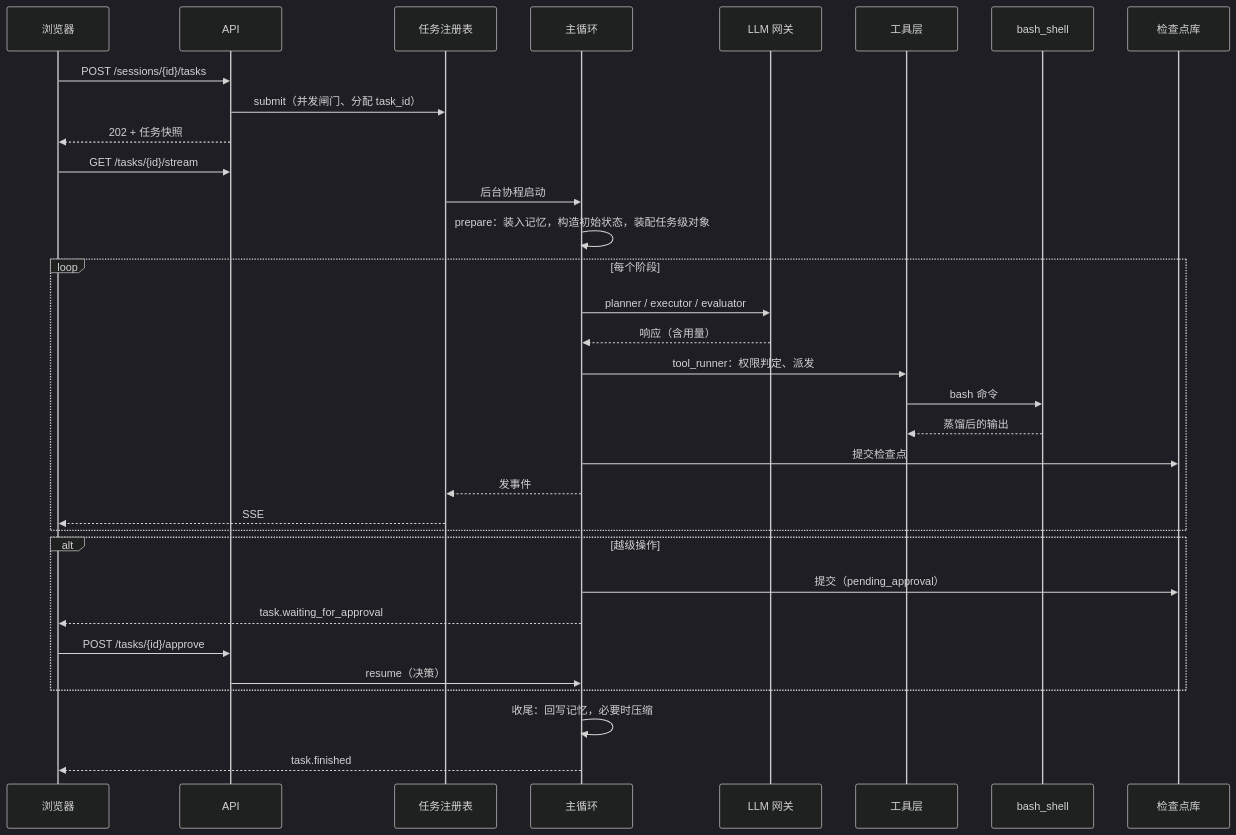
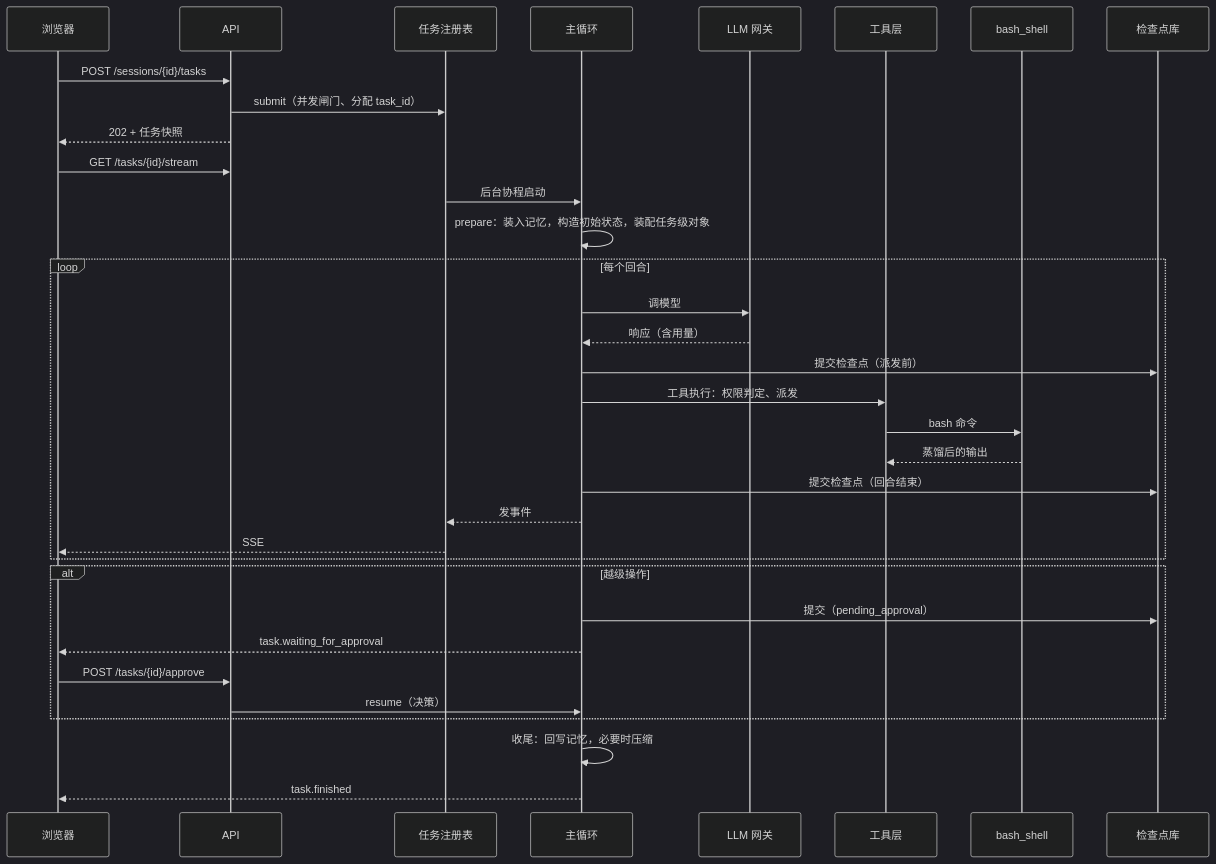
Before and after one commit to MakinoharaShokosans/BaseAgent: the diagram in docs/01_architecture/02_task_lifecycle.md, drawn with Mermaid (dark theme). The commit also changed other lines of this file and 51 other files, not shown here.

````diff
--- a/docs/01_architecture/02_task_lifecycle.md
+++ b/docs/01_architecture/02_task_lifecycle.md
@@ -7,36 +7,37 @@
 ```mermaid
 sequenceDiagram
     participant U as 浏览器
     participant A as API
     participant R as 任务注册表
     participant L as 主循环
     participant G as LLM 网关
     participant T as 工具层
     participant S as bash_shell
     participant K as 检查点库
 
     U->>A: POST /sessions/{id}/tasks
     A->>R: submit（并发闸门、分配 task_id）
     A-->>U: 202 + 任务快照
     U->>A: GET /tasks/{id}/stream
     R->>L: 后台协程启动
     L->>L: prepare：装入记忆，构造初始状态，装配任务级对象
-    loop 每个阶段
-        L->>G: planner / executor / evaluator
+    loop 每个回合
+        L->>G: 调模型
         G-->>L: 响应（含用量）
-        L->>T: tool_runner：权限判定、派发
+        L->>K: 提交检查点（派发前）
+        L->>T: 工具执行：权限判定、派发
         T->>S: bash 命令
         S-->>T: 蒸馏后的输出
-        L->>K: 提交检查点
+        L->>K: 提交检查点（回合结束）
         L-->>R: 发事件
         R-->>U: SSE
     end
     alt 越级操作
         L->>K: 提交（pending_approval）
         L-->>U: task.waiting_for_approval
         U->>A: POST /tasks/{id}/approve
         A->>L: resume（决策）
     end
     L->>L: 收尾：回写记忆，必要时压缩
     L-->>U: task.finished
 ```
````
